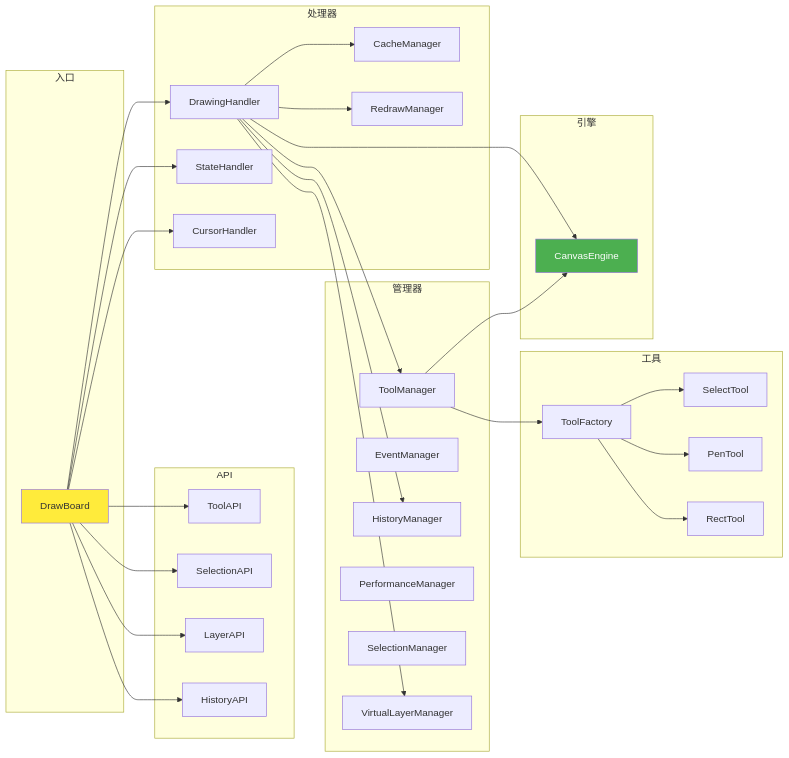
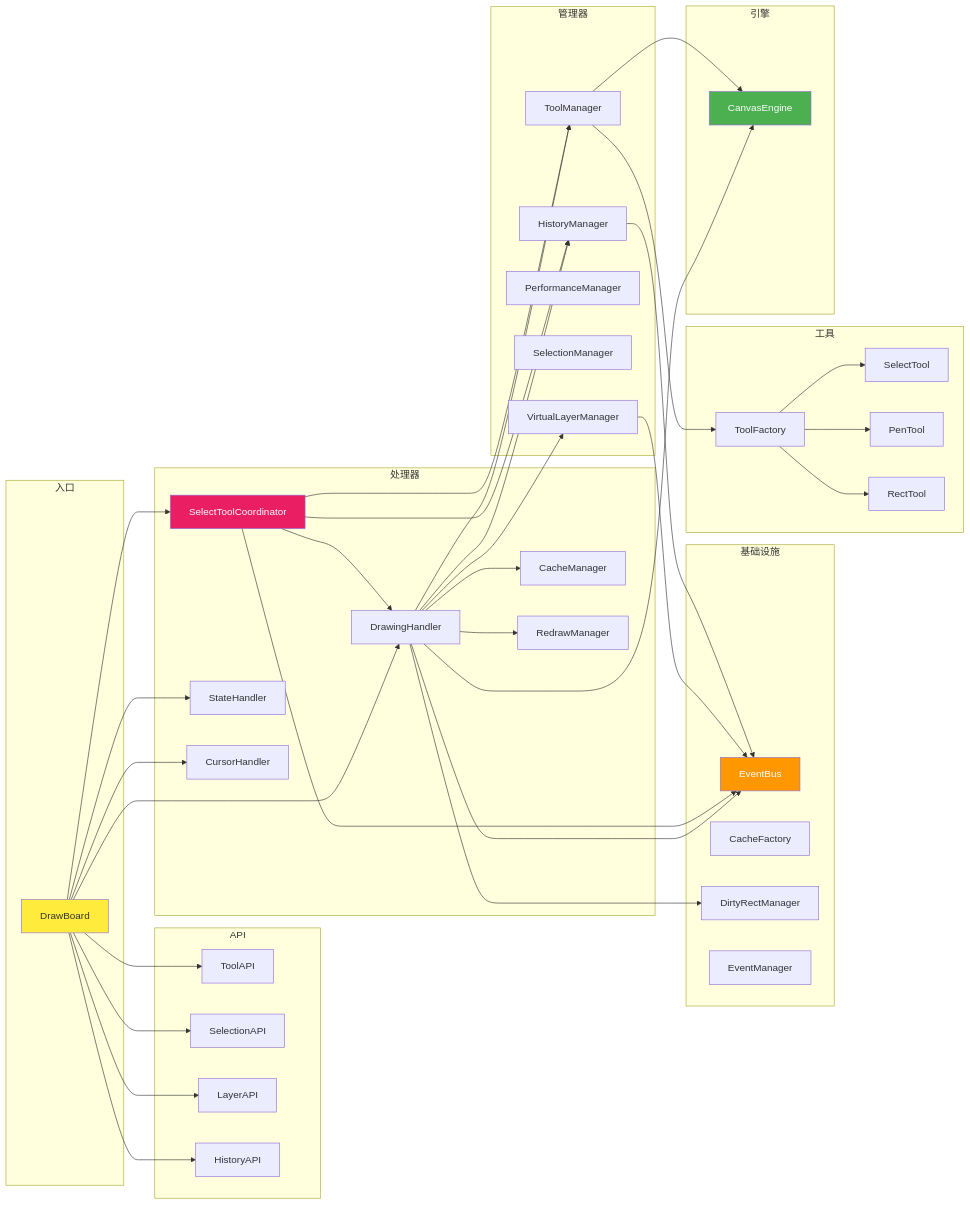
Before and after one commit to wuminghaozhan/drawBoard: the sixth of 10 diagrams in docs/UML/DESIGN.md, drawn with Mermaid. The commit also changed other lines of this file and 88 other files, not shown here.

````diff
--- a/docs/UML/DESIGN.md
+++ b/docs/UML/DESIGN.md
@@ -251,51 +373,64 @@
 ```mermaid
 graph LR
     subgraph "入口"
         DB[DrawBoard]
     end
     
     subgraph "API"
         TA[ToolAPI]
         SA[SelectionAPI]
         LA[LayerAPI]
         HA[HistoryAPI]
     end
     
     subgraph "处理器"
         DH[DrawingHandler]
+        STC[SelectToolCoordinator]
         SH[StateHandler]
         CH[CursorHandler]
         CM[CacheManager]
         RM[RedrawManager]
     end
     
     subgraph "管理器"
         TM[ToolManager]
-        EM[EventManager]
         HM[HistoryManager]
         PM[PerformanceManager]
         SM[SelectionManager]
         VLM[VirtualLayerManager]
+    end
+    
+    subgraph "基础设施"
+        EB[EventBus]
+        CF[CacheFactory]
+        DRM[DirtyRectManager]
+        EM[EventManager]
     end
     
     subgraph "工具"
         TF[ToolFactory]
         ST[SelectTool]
         PT[PenTool]
         RT[RectTool]
     end
     
     subgraph "引擎"
         CE[CanvasEngine]
     end
     
     DB --> TA & SA & LA & HA
-    DB --> DH & SH & CH
+    DB --> DH & STC & SH & CH
     DH --> TM & HM & VLM & CM & RM
+    DH --> DRM & EB
+    STC --> TM & DH & HM & EB
+    VLM --> EB
+    HM --> EB
     TM --> TF
     TF --> ST & PT & RT
     DH & TM --> CE
     
     style DB fill:#ffeb3b
     style CE fill:#4caf50,color:#fff
+    style EB fill:#ff9800,color:#fff
+    style STC fill:#e91e63,color:#fff
 ```
````
